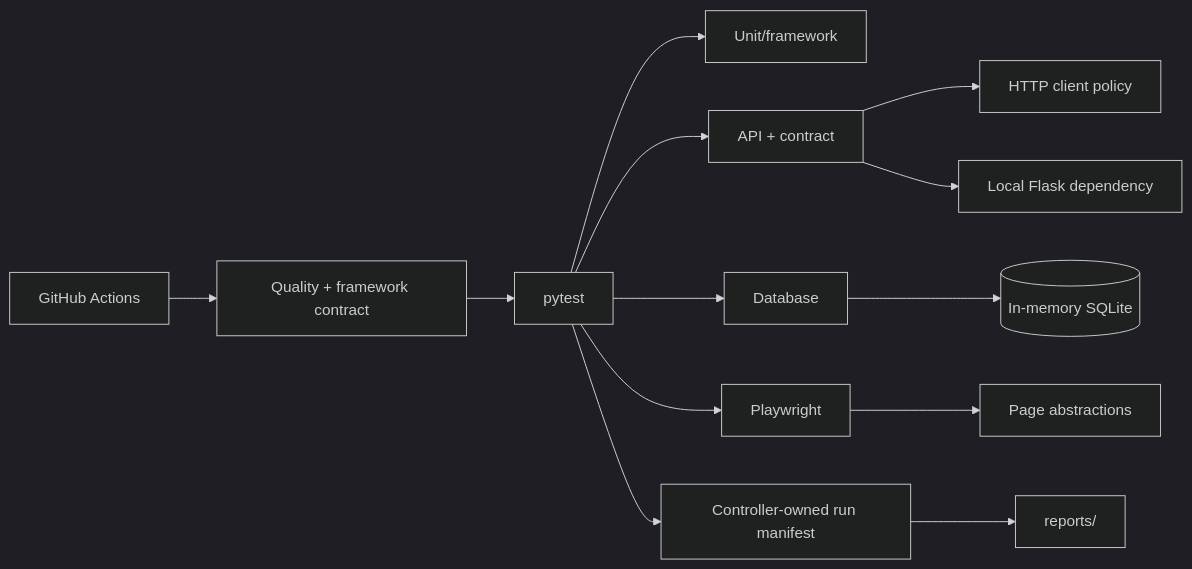
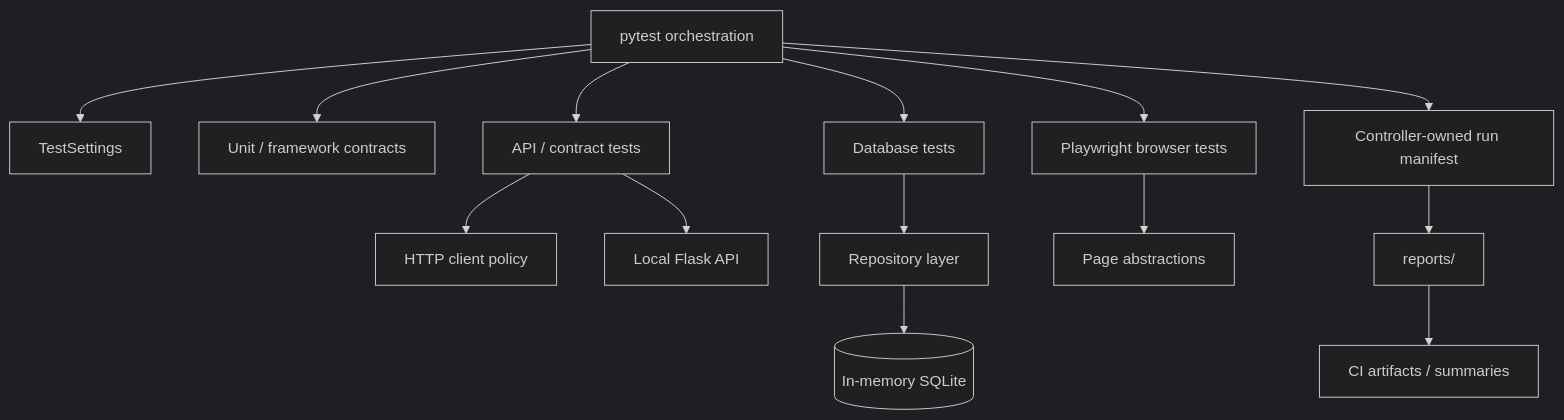
The second of 3 diagrams in README.md (portyu9/qa-automation-python-pytest), drawn with Mermaid (dark theme) before and after one commit. The commit also changed other lines of this file, not shown here.

Commit message:
Polish pytest framework operator README

````diff
--- a/README.md
+++ b/README.md
@@ -21,15 +59,17 @@
 ```mermaid
-flowchart LR
-    CI[GitHub Actions] --> Q[Quality + framework contract]
-    Q --> PY[pytest]
-    PY --> UNIT[Unit/framework]
-    PY --> API[API + contract]
-    PY --> DB[Database]
-    PY --> UI[Playwright]
-    API --> HTTP[HTTP client policy]
-    API --> MOCK[Local Flask dependency]
-    DB --> SQL[(In-memory SQLite)]
+flowchart TD
+    PYTEST[pytest orchestration]
+    PYTEST --> CFG[TestSettings]
+    PYTEST --> UNIT[Unit / framework contracts]
+    PYTEST --> API[API / contract tests]
+    PYTEST --> DB[Database tests]
+    PYTEST --> UI[Playwright browser tests]
+    API --> CLIENT[HTTP client policy]
+    API --> MOCK[Local Flask API]
+    DB --> REPO[Repository layer]
+    REPO --> SQLITE[(In-memory SQLite)]
     UI --> PAGES[Page abstractions]
-    PY --> MAN[Controller-owned run manifest]
-    MAN --> REP[reports/]
+    PYTEST --> MAN[Controller-owned run manifest]
+    MAN --> REPORTS[reports/]
+    REPORTS --> CI[CI artifacts / summaries]
 ```
````
